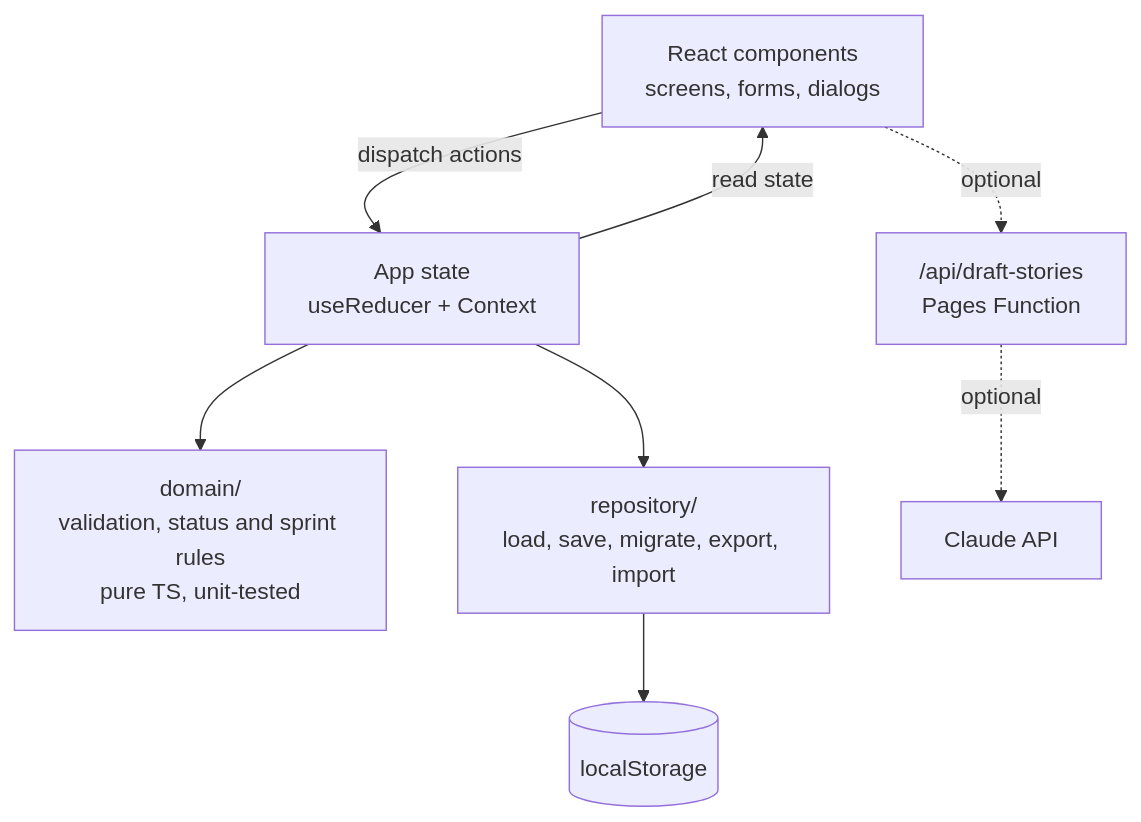
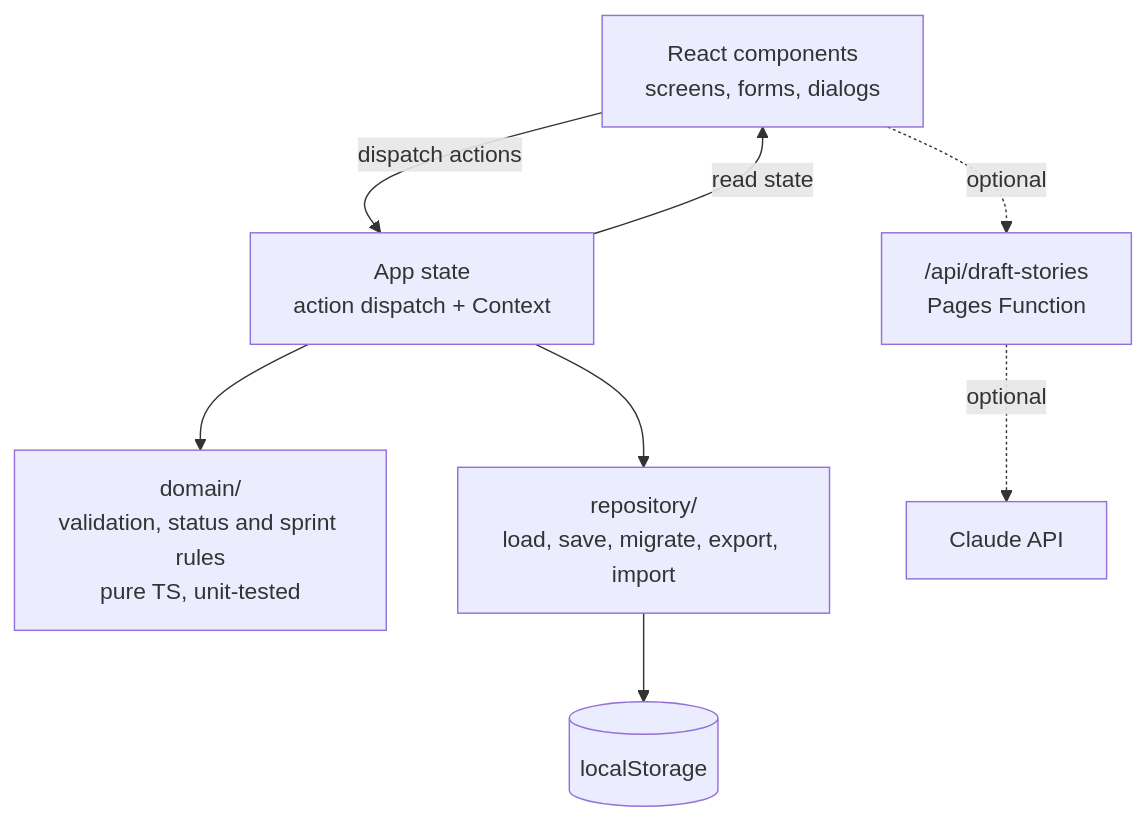
Before and after one commit to kchan1028/sprintlab: the first of 2 diagrams in docs/architecture.md, drawn with Mermaid. The commit also changed other lines of this file and 32 other files, not shown here.

````diff
--- a/docs/architecture.md
+++ b/docs/architecture.md
@@ -11,10 +11,10 @@
 ```mermaid
 flowchart TD
-  UI[React components<br/>screens, forms, dialogs] -->|dispatch actions| State[App state<br/>useReducer + Context]
+  UI[React components<br/>screens, forms, dialogs] -->|dispatch actions| State[App state<br/>action dispatch + Context]
   State -->|read state| UI
   State --> Domain[domain/<br/>validation, status and sprint rules<br/>pure TS, unit-tested]
   State --> Repo[repository/<br/>load, save, migrate, export, import]
   Repo --> LS[(localStorage)]
   UI -. optional .-> Fn["/api/draft-stories<br/>Pages Function"]
   Fn -. optional .-> Claude[Claude API]
 ```
````
